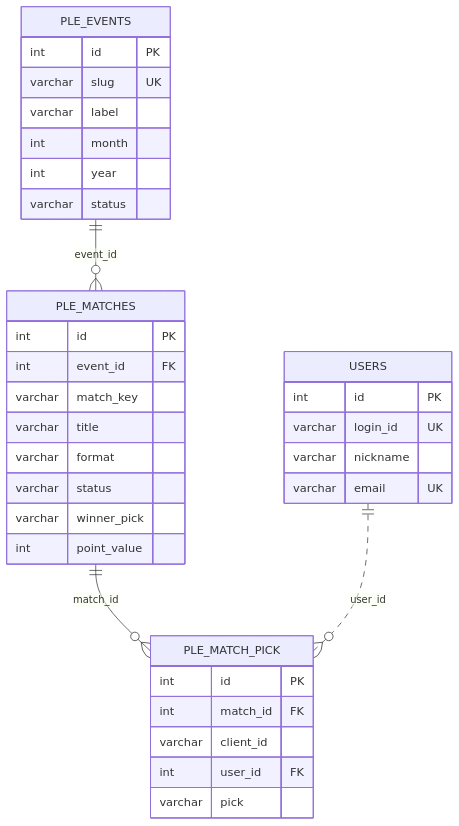
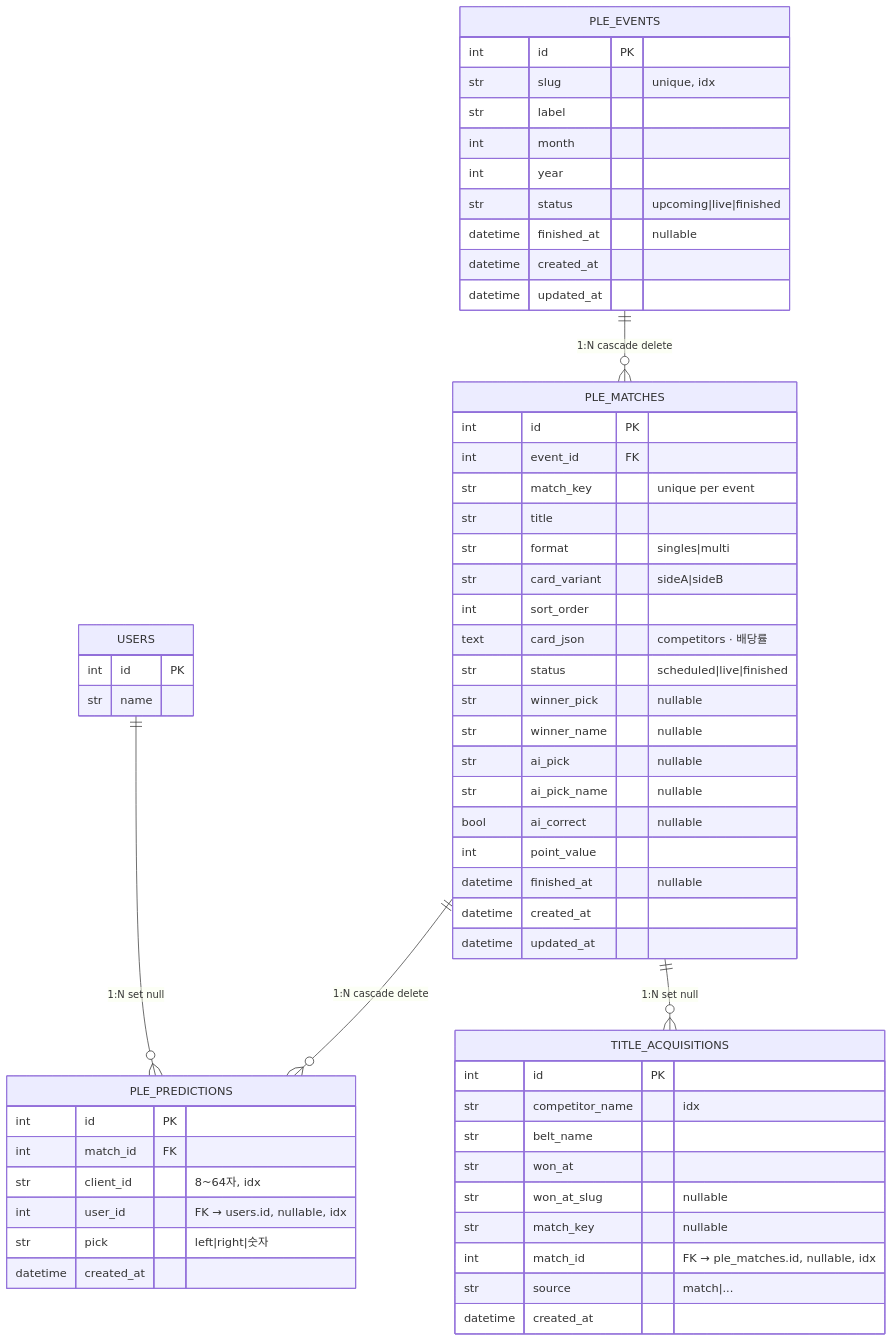
The diagram in apps/kayfabe/_docs/KAYFABE_ERD.md (jsangho/cloud.jsangho.api), drawn with Mermaid before and after one commit. The commit also changed other lines of this file and 220 other files, not shown here.

````diff
--- a/apps/kayfabe/_docs/KAYFABE_ERD.md
+++ b/apps/kayfabe/_docs/KAYFABE_ERD.md
@@ -12,41 +10,66 @@
 ```mermaid
 erDiagram
-    PLE_EVENTS ||--o{ PLE_MATCHES : event_id
-    PLE_MATCHES ||--o{ PLE_MATCH_PICK : match_id
-    USERS ||..o{ PLE_MATCH_PICK : user_id
-
     PLE_EVENTS {
-        int id PK
-        varchar slug UK
-        varchar label
-        int month
-        int year
-        varchar status
+        int     id          PK
+        str     slug        "unique, idx"
+        str     label
+        int     month
+        int     year
+        str     status      "upcoming|live|finished"
+        datetime finished_at "nullable"
+        datetime created_at
+        datetime updated_at
     }
 
     PLE_MATCHES {
-        int id PK
-        int event_id FK
-        varchar match_key
-        varchar title
-        varchar format
-        varchar status
-        varchar winner_pick
-        int point_value
+        int     id          PK
+        int     event_id    FK
+        str     match_key   "unique per event"
+        str     title
+        str     format      "singles|multi"
+        str     card_variant "sideA|sideB"
+        int     sort_order
+        text    card_json   "competitors · 배당률"
+        str     status      "scheduled|live|finished"
+        str     winner_pick "nullable"
+        str     winner_name "nullable"
+        str     ai_pick     "nullable"
+        str     ai_pick_name "nullable"
+        bool    ai_correct  "nullable"
+        int     point_value
+        datetime finished_at "nullable"
+        datetime created_at
+        datetime updated_at
     }
 
-    PLE_MATCH_PICK {
-        int id PK
-        int match_id FK
-        varchar client_id
-        int user_id FK
-        varchar pick
+    PLE_PREDICTIONS {
+        int     id          PK
+        int     match_id    FK
+        str     client_id   "8~64자, idx"
+        int     user_id     "FK → users.id, nullable, idx"
+        str     pick        "left|right|숫자"
+        datetime created_at
+    }
+
+    TITLE_ACQUISITIONS {
+        int     id              PK
+        str     competitor_name "idx"
+        str     belt_name
+        str     won_at
+        str     won_at_slug     "nullable"
+        str     match_key       "nullable"
+        int     match_id        "FK → ple_matches.id, nullable, idx"
+        str     source          "match|..."
+        datetime created_at
     }
 
     USERS {
-        int id PK
-        varchar login_id UK
-        varchar nickname
-        varchar email UK
+        int     id          PK
+        str     name
     }
+
+    PLE_EVENTS    ||--o{ PLE_MATCHES      : "1:N cascade delete"
+    PLE_MATCHES   ||--o{ PLE_PREDICTIONS  : "1:N cascade delete"
+    PLE_MATCHES   ||--o{ TITLE_ACQUISITIONS : "1:N set null"
+    USERS         ||--o{ PLE_PREDICTIONS  : "1:N set null"
 ```
````
